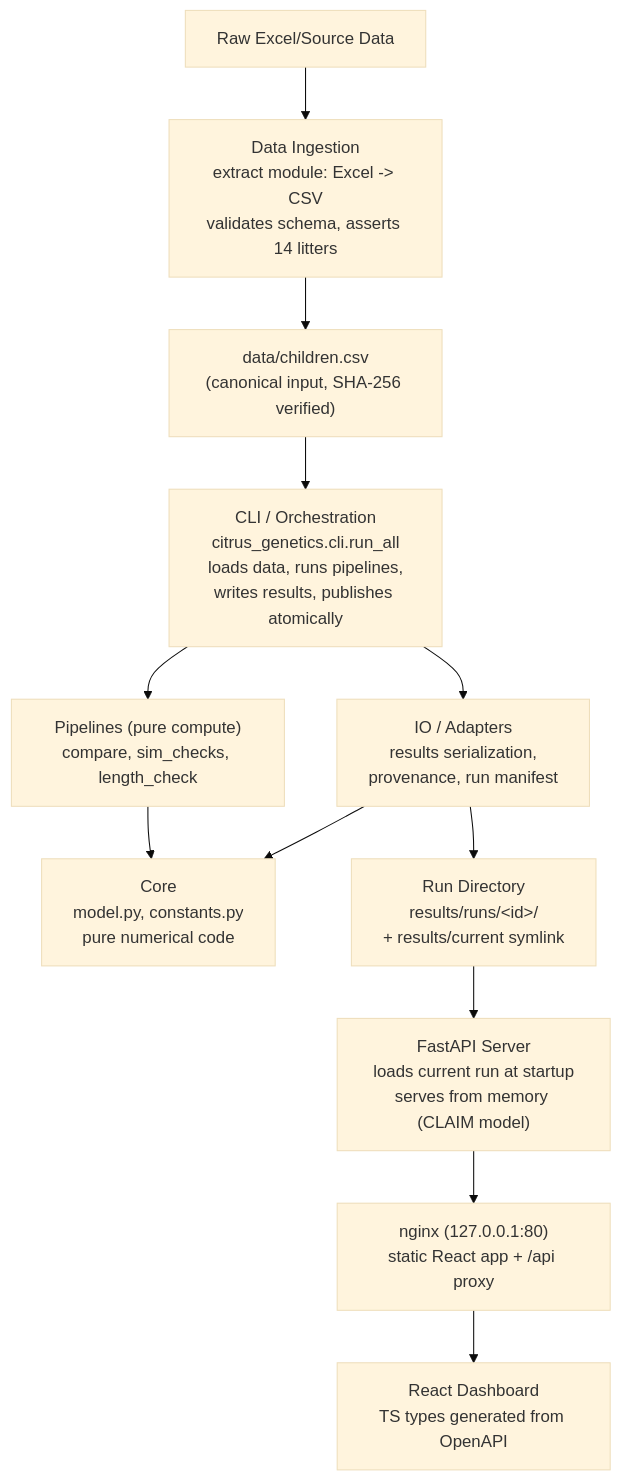
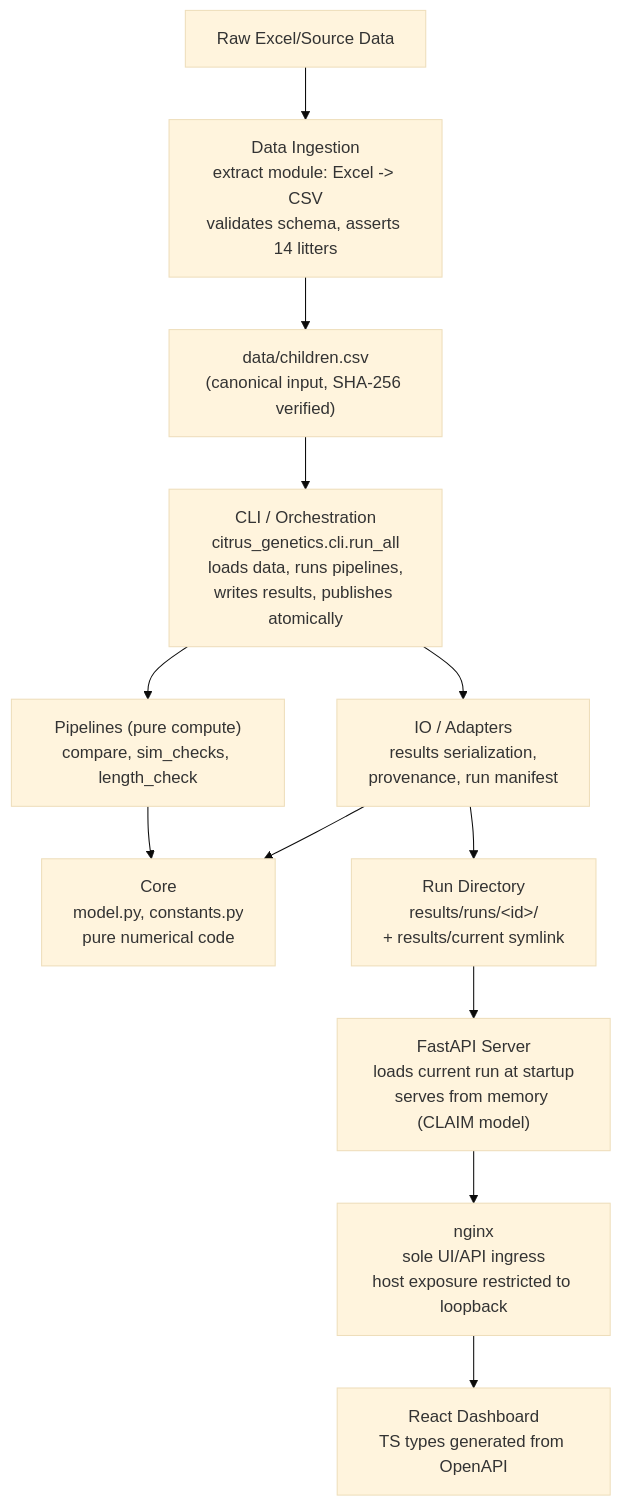
Before and after one commit to shikarii/atitd-citrus-genetics: the first of 2 diagrams in docs/systems_engineering.md, drawn with Mermaid (base theme). The commit also changed other lines of this file, not shown here.

````diff
--- a/docs/systems_engineering.md
+++ b/docs/systems_engineering.md
@@ -121,14 +122,14 @@
 ```mermaid
 flowchart TD
     RAW["Raw Excel/Source Data"] --> B["Data Ingestion<br/>extract module: Excel -> CSV<br/>validates schema, asserts 14 litters"]
     B --> A["data/children.csv<br/>(canonical input, SHA-256 verified)"]
     A --> C["CLI / Orchestration<br/>citrus_genetics.cli.run_all<br/>loads data, runs pipelines,<br/>writes results, publishes atomically"]
     C --> D["Pipelines (pure compute)<br/>compare, sim_checks, length_check"]
     C --> E["IO / Adapters<br/>results serialization,<br/>provenance, run manifest"]
     D --> F["Core<br/>model.py, constants.py<br/>pure numerical code"]
     E --> F
     E --> G["Run Directory<br/>results/runs/&lt;id&gt;/<br/>+ results/current symlink"]
     G --> H["FastAPI Server<br/>loads current run at startup<br/>serves from memory (CLAIM model)"]
-    H --> I["nginx (127.0.0.1:80)<br/>static React app + /api proxy"]
+    H --> I["nginx<br/>sole UI/API ingress<br/>host exposure restricted to loopback"]
     I --> J["React Dashboard<br/>TS types generated from OpenAPI"]
 ```
````
